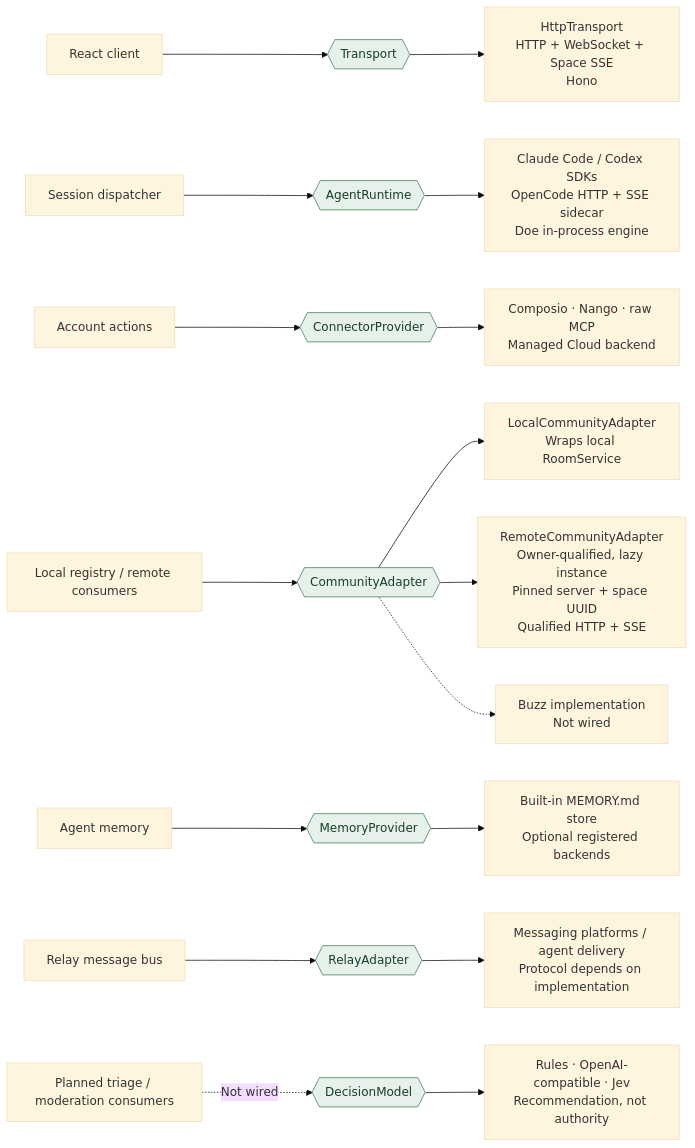
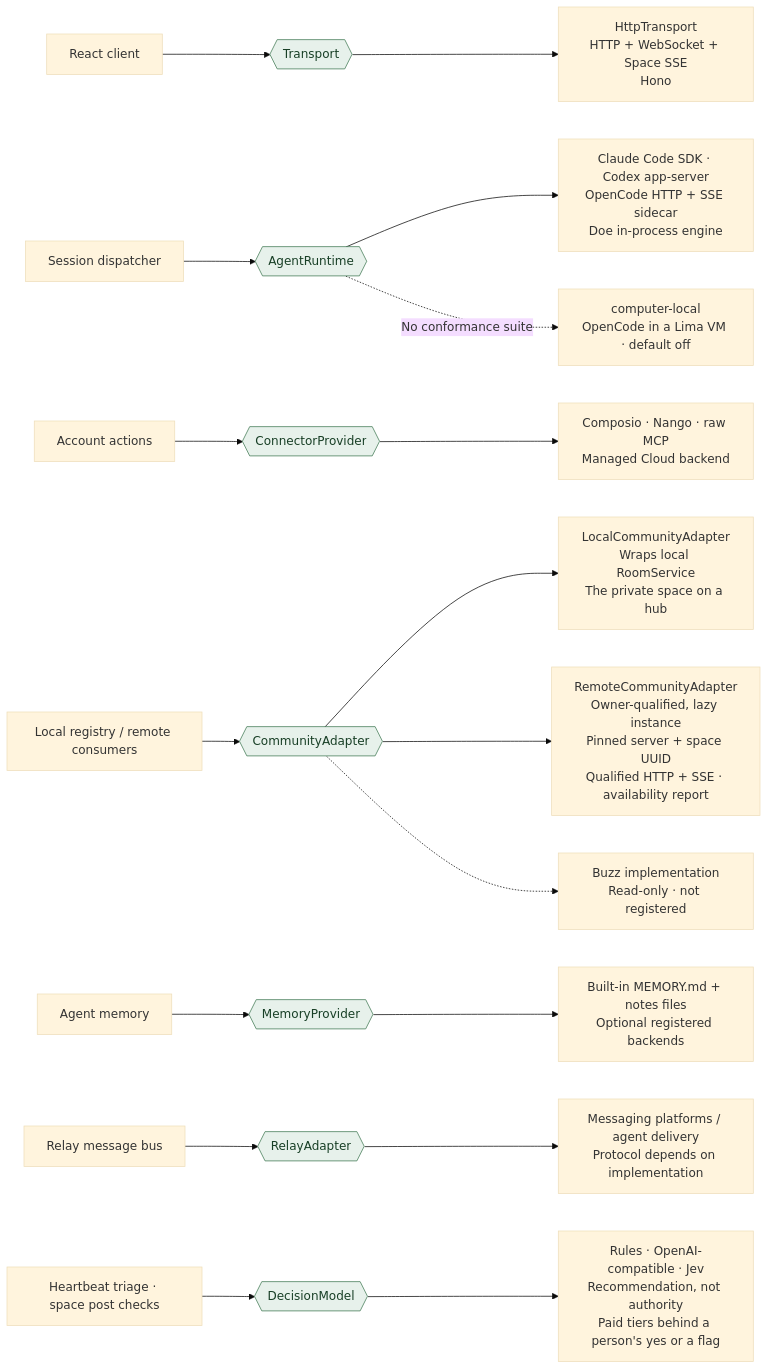
Before and after one commit to dork-labs/dorkos: the diagram in contributing/diagrams/architecture/ports.mmd, drawn with Mermaid (base theme). The commit also changed 18 other files, not shown here.

```diff
--- a/contributing/diagrams/architecture/ports.mmd
+++ b/contributing/diagrams/architecture/ports.mmd
@@ -1,21 +1,22 @@
 flowchart LR
   accTitle: DorkOS replaceable interfaces
-  accDescr: Each row names a caller, its port, and implementations. A port is a code boundary, not necessarily a network boundary. Dashed edges identify the unwired Buzz implementation and planned decision-model consumers; decision bridges themselves exist.
+  accDescr: Each row names a caller, its port, and implementations. A port is a code boundary, not necessarily a network boundary. Dashed edges identify the unregistered Buzz implementation and the computer-local runtime, which has no conformance suite. The decision ladder has two production callers since October: heartbeat triage and the space server's post checks.
   ui["React client"] --> transport{{"Transport"}}
   transport --> http["HttpTransport<br/>HTTP + WebSocket + Space SSE<br/>Hono"]
   dispatch["Session dispatcher"] --> agent{{"AgentRuntime"}}
-  agent --> runtimes["Claude Code / Codex SDKs<br/>OpenCode HTTP + SSE sidecar<br/>Doe in-process engine"]
+  agent --> runtimes["Claude Code SDK · Codex app-server<br/>OpenCode HTTP + SSE sidecar<br/>Doe in-process engine"]
+  agent -.->|"No conformance suite"| vm["computer-local<br/>OpenCode in a Lima VM · default off"]
   accounts["Account actions"] --> connector{{"ConnectorProvider"}}
   connector --> backends["Composio · Nango · raw MCP<br/>Managed Cloud backend"]
   rooms["Local registry / remote consumers"] --> community{{"CommunityAdapter"}}
-  community --> local["LocalCommunityAdapter<br/>Wraps local RoomService"]
-  community --> remote["RemoteCommunityAdapter<br/>Owner-qualified, lazy instance<br/>Pinned server + space UUID<br/>Qualified HTTP + SSE"]
-  community -.-> buzz["Buzz implementation<br/>Not wired"]
+  community --> local["LocalCommunityAdapter<br/>Wraps local RoomService<br/>The private space on a hub"]
+  community --> remote["RemoteCommunityAdapter<br/>Owner-qualified, lazy instance<br/>Pinned server + space UUID<br/>Qualified HTTP + SSE · availability report"]
+  community -.-> buzz["Buzz implementation<br/>Read-only · not registered"]
   notes["Agent memory"] --> memory{{"MemoryProvider"}}
-  memory --> files["Built-in MEMORY.md store<br/>Optional registered backends"]
+  memory --> files["Built-in MEMORY.md + notes files<br/>Optional registered backends"]
   relay["Relay message bus"] --> messaging{{"RelayAdapter"}}
   messaging --> channels["Messaging platforms / agent delivery<br/>Protocol depends on implementation"]
-  future["Planned triage / moderation consumers"] -.->|"Not wired"| decision{{"DecisionModel"}}
-  decision --> bridges["Rules · OpenAI-compatible · Jev<br/>Recommendation, not authority"]
+  beats["Heartbeat triage · space post checks"] --> decision{{"DecisionModel"}}
+  decision --> bridges["Rules · OpenAI-compatible · Jev<br/>Recommendation, not authority<br/>Paid tiers behind a person's yes or a flag"]
   classDef port fill:#e7f1eb,stroke:#427a55,color:#183f26
   class transport,agent,connector,community,memory,messaging,decision port
```
